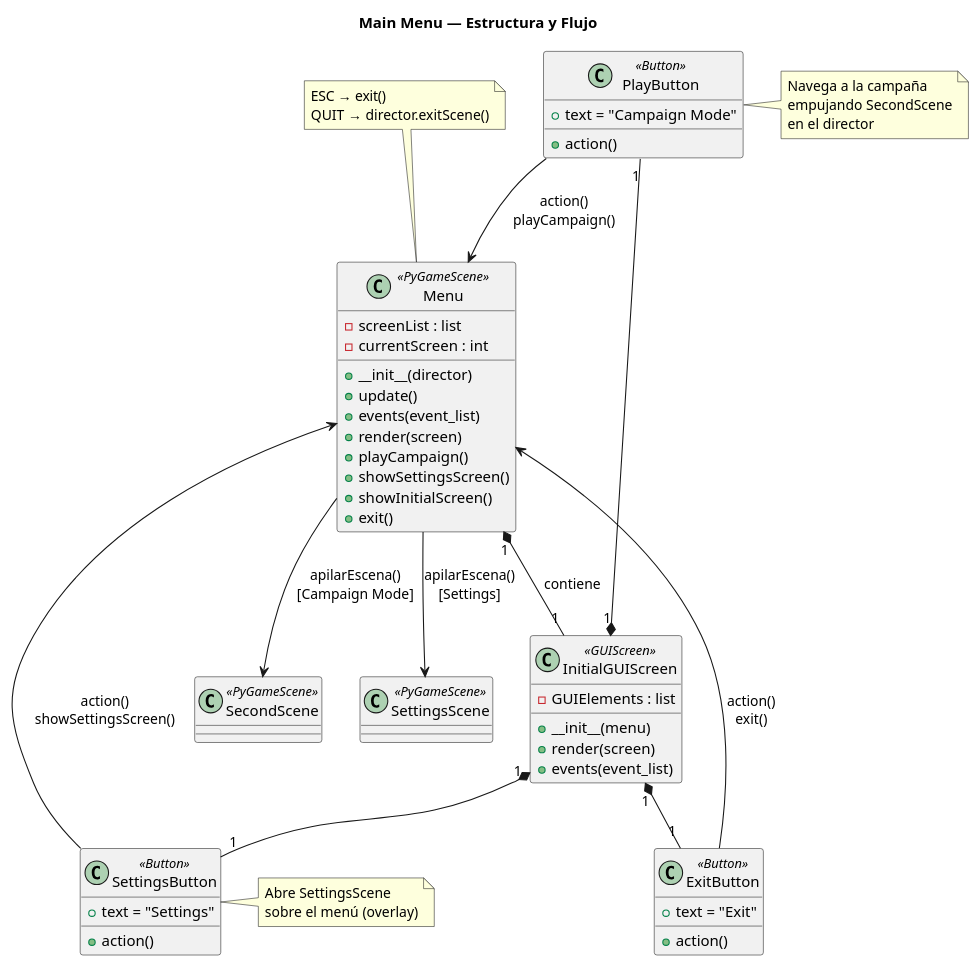
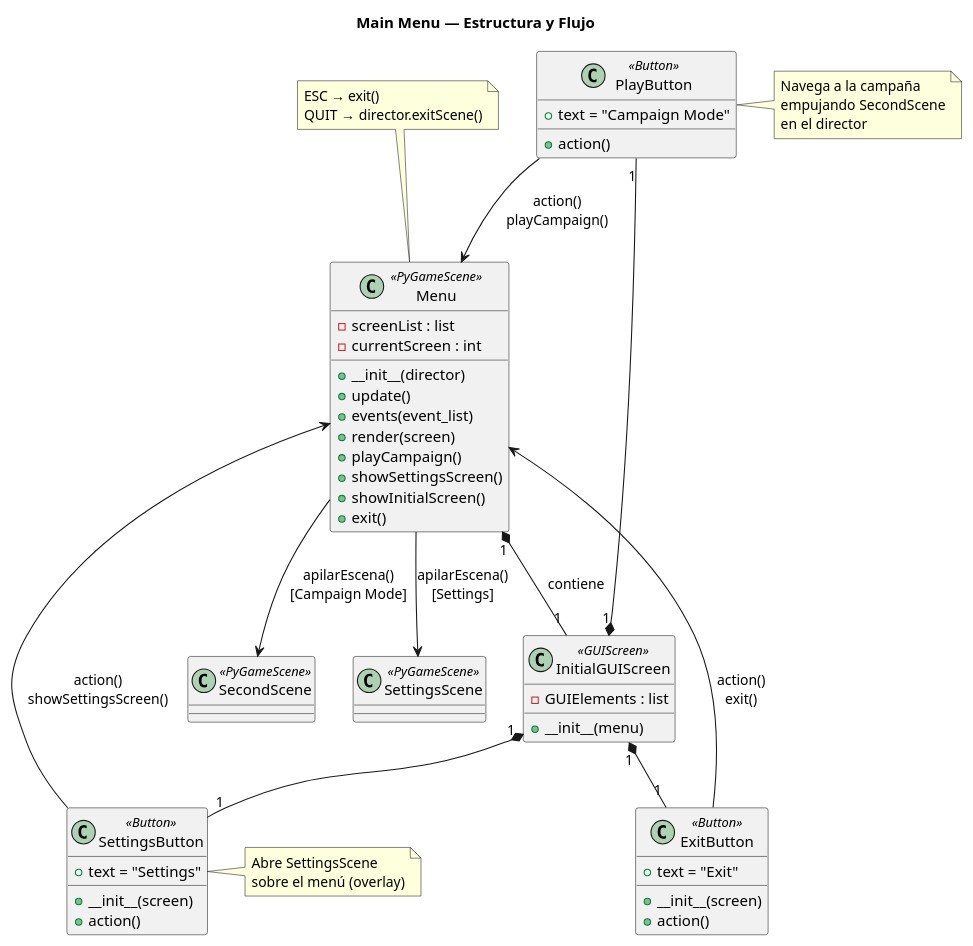
The diagram in docs/concept-art/diagrams/MainMenu.puml (manuelsrleon/rocket-clash-2d), drawn with PlantUML before and after one commit. The commit also changed 5 other files, not shown here.

Commit message:
docs: diagrams of Dialogues, MainMenu and PauseMenu reworked

```diff
--- a/docs/concept-art/diagrams/MainMenu.puml
+++ b/docs/concept-art/diagrams/MainMenu.puml
@@ -1,76 +1,76 @@
 @startuml MainMenu
 title Main Menu — Estructura y Flujo
 
 ' CLASSES
 class Menu <<PyGameScene>> {
     - screenList : list
     - currentScreen : int
     + __init__(director)
     + update()
     + events(event_list)
     + render(screen)
     + playCampaign()
     + showSettingsScreen()
     + showInitialScreen()
     + exit()
 }
 
 class InitialGUIScreen <<GUIScreen>> {
     - GUIElements : list
     + __init__(menu)
-    + render(screen)
-    + events(event_list)
 }
 
 class PlayButton <<Button>> {
     + text = "Campaign Mode"
     + action()
 }
 
 class SettingsButton <<Button>> {
     + text = "Settings"
+    + __init__(screen)
     + action()
 }
 
 class ExitButton <<Button>> {
     + text = "Exit"
+    + __init__(screen)
     + action()
 }
 
 class SecondScene <<PyGameScene>> {
 }
 
 class SettingsScene <<PyGameScene>> {
 }
 
 ' RELATIONSHIPS
 Menu "1" *-- "1" InitialGUIScreen : contiene
 InitialGUIScreen "1" *-- "1" PlayButton
 InitialGUIScreen "1" *-- "1" SettingsButton
 InitialGUIScreen "1" *-- "1" ExitButton
 
 ' ACTIONS / NAVIGATION
 PlayButton    --> Menu         : action()\nplayCampaign()
 SettingsButton --> Menu        : action()\nshowSettingsScreen()
 ExitButton    --> Menu         : action()\nexit()
 
 Menu --> SecondScene    : apilarEscena()\n[Campaign Mode]
 Menu --> SettingsScene  : apilarEscena()\n[Settings]
 
 note top of Menu
   ESC → exit()
   QUIT → director.exitScene()
 end note
 
 note right of PlayButton
   Navega a la campaña
   empujando SecondScene
   en el director
 end note
 
 note right of SettingsButton
   Abre SettingsScene
   sobre el menú (overlay)
 end note
 
 @enduml
```
